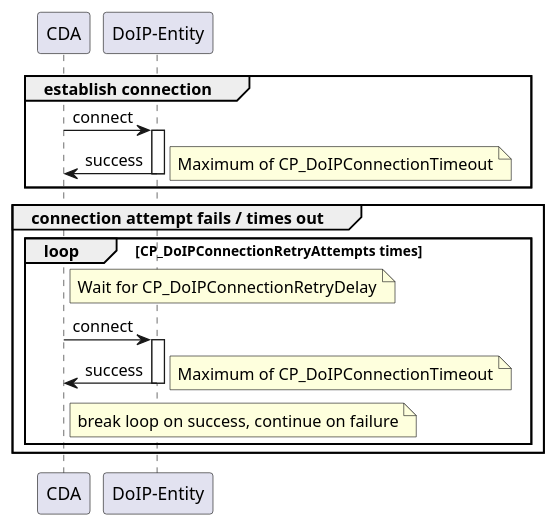
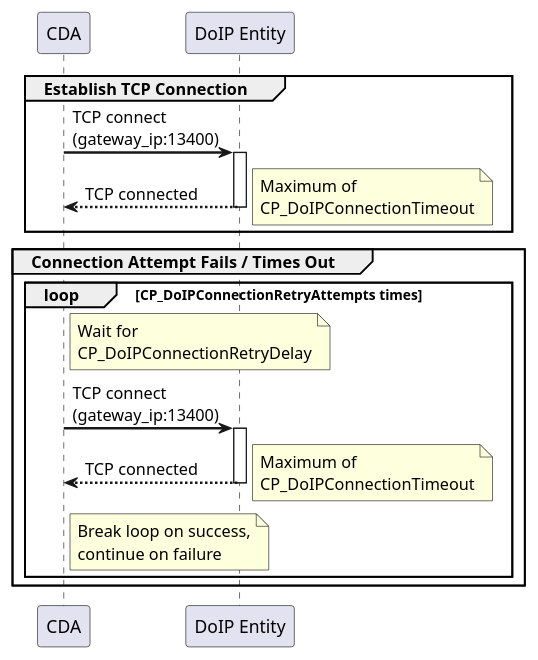
One commit to eclipse-opensovd/classic-diagnostic-adapter changed the second of 6 diagrams in docs/03_architecture/03_communication/01_doip_communication.rst. Above: the diagram before and after it, drawn with PlantUML. The commit also changed other lines of this file and 3 other files, not shown here.

```diff
--- a/docs/03_architecture/03_communication/01_doip_communication.rst
+++ b/docs/03_architecture/03_communication/01_doip_communication.rst
@@ -85,22 +345,30 @@
-.. uml::
+    .. uml::
+        :caption: DoIP Connection Establishment
 
-   participant "CDA"
-   participant "DoIP-Entity" as ECU
-   group establish connection
-       CDA -> ECU: connect
-       activate ECU
-       ECU -> CDA: success
-       note right: Maximum of CP_DoIPConnectionTimeout
-       deactivate ECU
-   end
-   group connection attempt fails / times out
-       loop CP_DoIPConnectionRetryAttempts times
-           note right of CDA:  Wait for CP_DoIPConnectionRetryDelay
-           CDA -> ECU: connect
-           activate ECU
-           ECU -> CDA: success
-           deactivate ECU
-           note right: Maximum of CP_DoIPConnectionTimeout
-           note right of CDA: break loop on success, continue on failure
-       end
-   end
+        @startuml
+        skinparam backgroundColor #FFFFFF
+        skinparam sequenceArrowThickness 2
+
+        participant "CDA" as CDA
+        participant "DoIP Entity" as ECU
+
+        group Establish TCP Connection
+            CDA -> ECU: TCP connect\n(gateway_ip:13400)
+            activate ECU
+            ECU --> CDA: TCP connected
+            note right: Maximum of\nCP_DoIPConnectionTimeout
+            deactivate ECU
+        end
+
+        group Connection Attempt Fails / Times Out
+            loop CP_DoIPConnectionRetryAttempts times
+                note right of CDA: Wait for\nCP_DoIPConnectionRetryDelay
+                CDA -> ECU: TCP connect\n(gateway_ip:13400)
+                activate ECU
+                ECU --> CDA: TCP connected
+                deactivate ECU
+                note right: Maximum of\nCP_DoIPConnectionTimeout
+                note right of CDA: Break loop on success,\ncontinue on failure
+            end
+        end
+        @enduml
```
